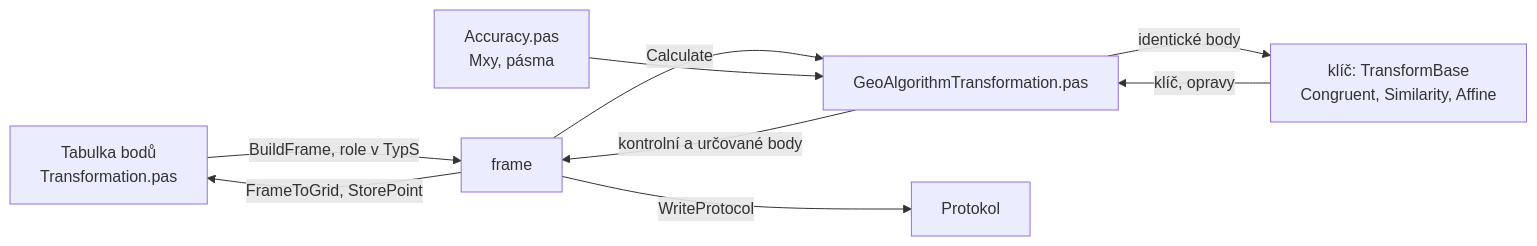
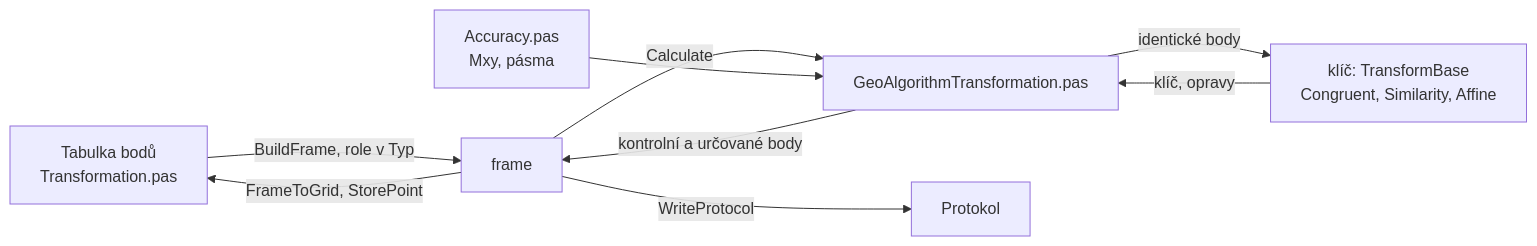
One commit to kovarmi9/GeoSoft changed the diagram in docs/vypocty/transformace.md. Above: the diagram before and after it, drawn with Mermaid. The commit also changed other lines of this file and 70 other files, not shown here.

````diff
--- a/docs/vypocty/transformace.md
+++ b/docs/vypocty/transformace.md
@@ -42,11 +42,11 @@
 ```mermaid
 flowchart LR
-  T["Tabulka bodů<br>Transformation.pas"] -->|"BuildFrame, role v TypS"| F["frame"]
+  T["Tabulka bodů<br>Transformation.pas"] -->|"BuildFrame, role v Typ"| F["frame"]
   F -->|Calculate| A["GeoAlgorithmTransformation.pas"]
   A -->|identické body| K["klíč: TransformBase<br>Congruent, Similarity, Affine"]
   K -->|"klíč, opravy"| A
   V["Accuracy.pas<br>Mxy, pásma"] --> A
   A -->|"kontrolní a určované body"| F
   F -->|"FrameToGrid, StorePoint"| T
   F -->|WriteProtocol| P["Protokol"]
 ```
````
